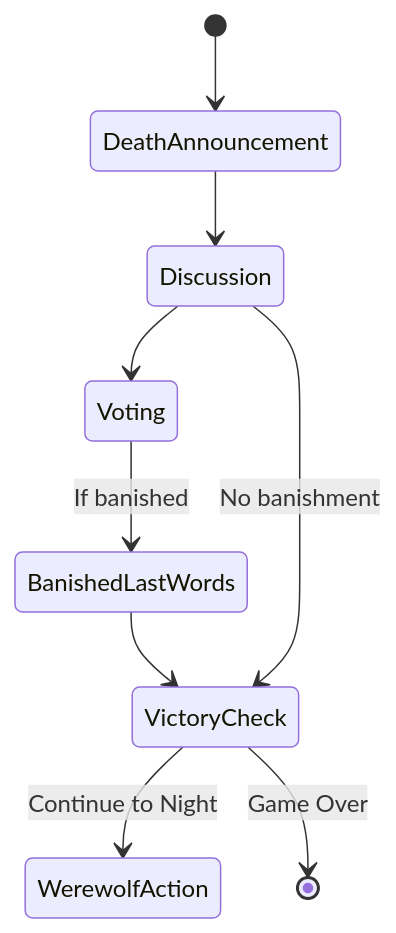
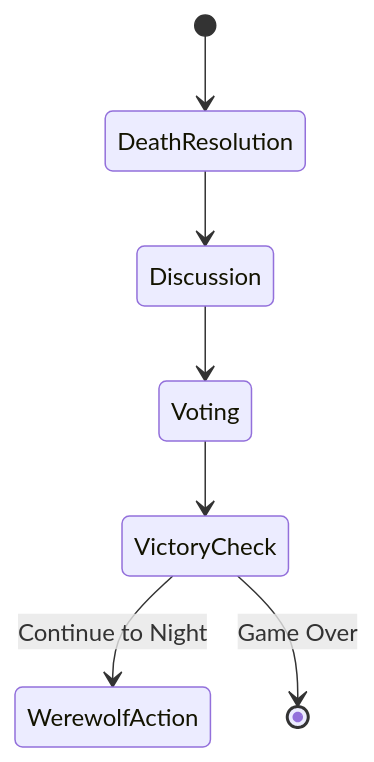
Before and after one commit to JerryAZR/werewolf-ai: the third of 3 diagrams in PHASES.md, drawn with Mermaid. The commit also changed other lines of this file, not shown here.

First line of the commit message:
docs: update PHASES.md to reflect DeathResolution consolidation

````diff
--- a/PHASES.md
+++ b/PHASES.md
@@ -118,11 +114,9 @@
 ```mermaid
 stateDiagram-v2
-    [*] --> DeathAnnouncement
-    DeathAnnouncement --> Discussion
+    [*] --> DeathResolution
+    DeathResolution --> Discussion
     Discussion --> Voting
-    Voting --> BanishedLastWords: If banished
-    BanishedLastWords --> VictoryCheck
-    Discussion --> VictoryCheck: No banishment
+    Voting --> VictoryCheck
     VictoryCheck --> WerewolfAction: Continue to Night
     VictoryCheck --> [*]: Game Over
 ```
````
